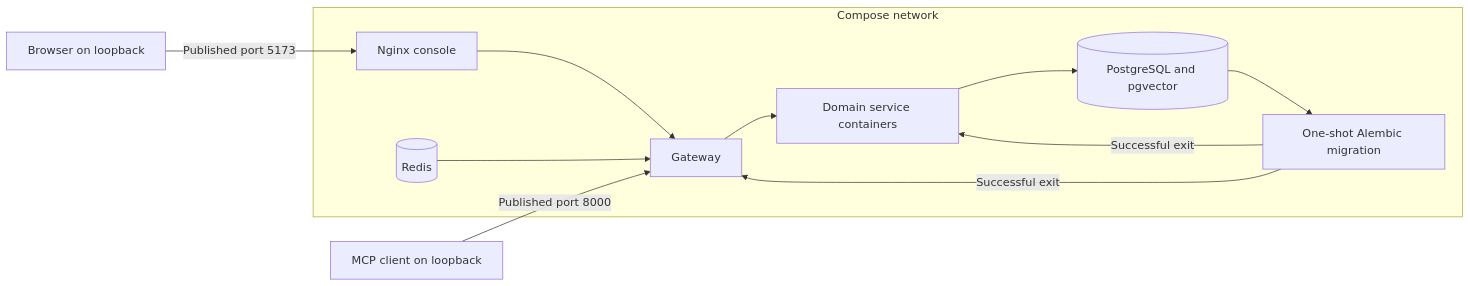
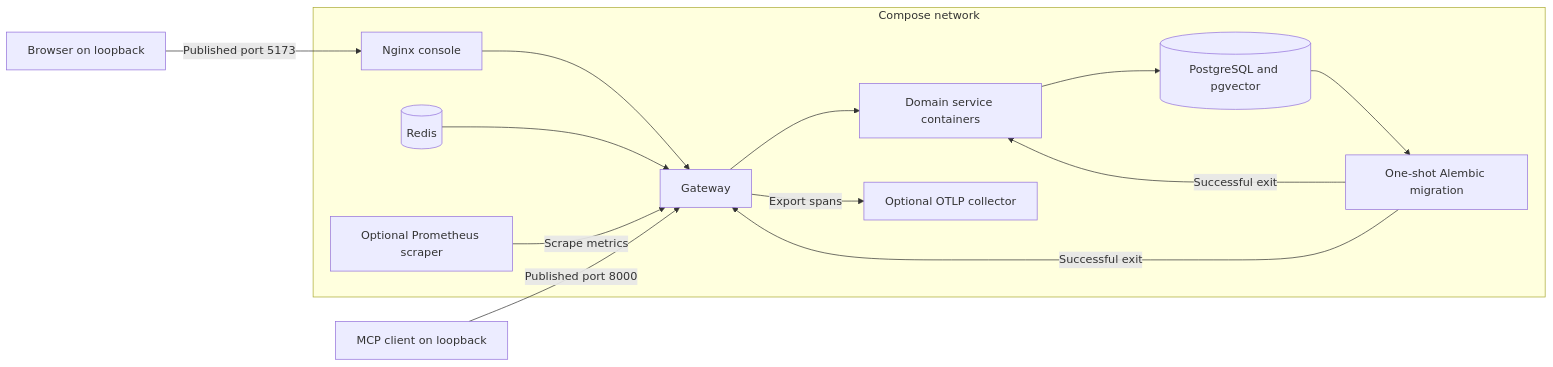
One commit to NagaRamya1531-tech/ToolMesh-AI changed the tenth of 11 diagrams in docs/architecture.md. Above: the diagram before and after it, drawn with Mermaid. The commit also changed other lines of this file and 34 other files, not shown here.

````diff
--- a/docs/architecture.md
+++ b/docs/architecture.md
@@ -272,20 +288,22 @@
 ```mermaid
 flowchart LR
     Browser["Browser on loopback"] -->|Published port 5173| Web
     Client["MCP client on loopback"] -->|Published port 8000| Gateway
     subgraph Compose["Compose network"]
         Web["Nginx console"]
         Gateway["Gateway"]
         Web --> Gateway
         Store[("PostgreSQL and pgvector")]
         Migration["One-shot Alembic migration"]
         Cache[("Redis")]
         Backend["Domain service containers"]
         Store --> Migration
         Migration -->|Successful exit| Gateway
         Migration -->|Successful exit| Backend
         Cache --> Gateway
         Gateway --> Backend
+        Scraper["Optional Prometheus scraper"] -->|Scrape metrics| Gateway
+        Gateway -->|Export spans| Collector["Optional OTLP collector"]
         Backend --> Store
     end
 ```
````
